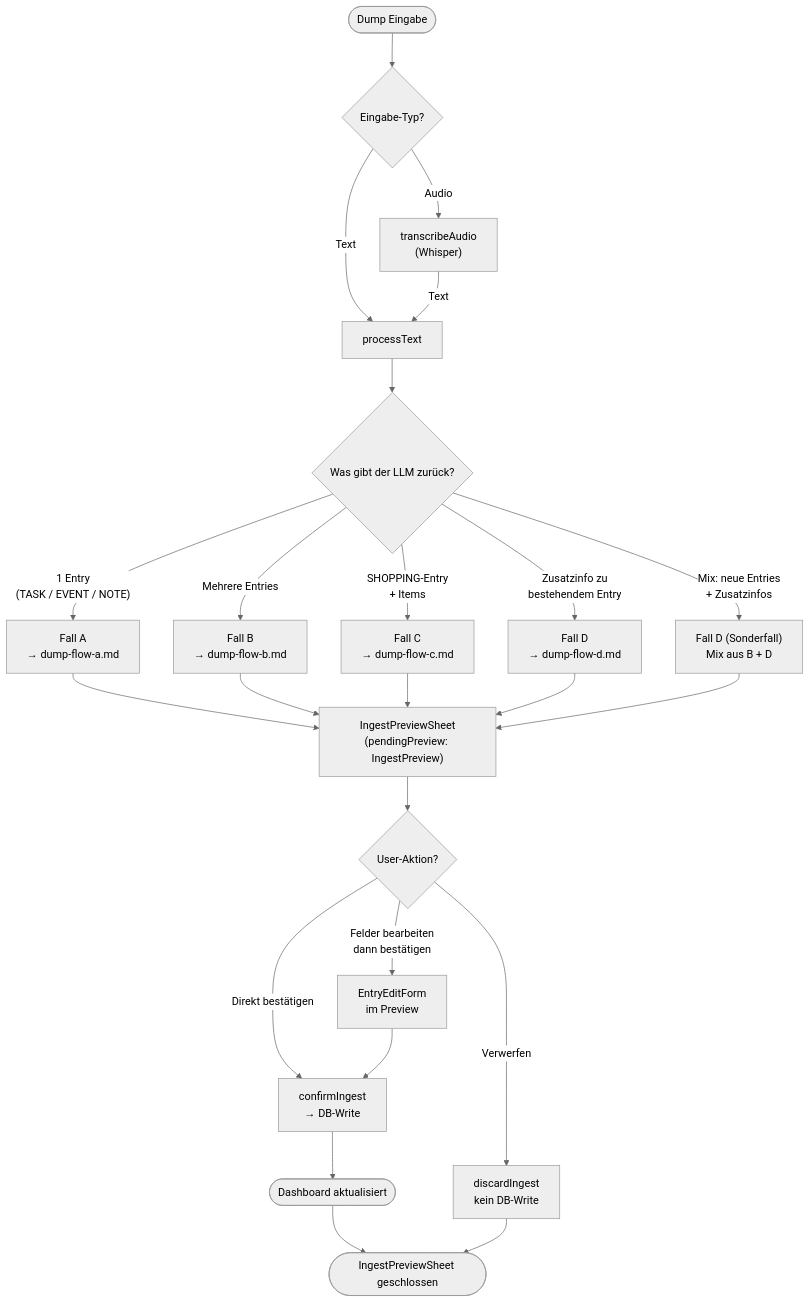
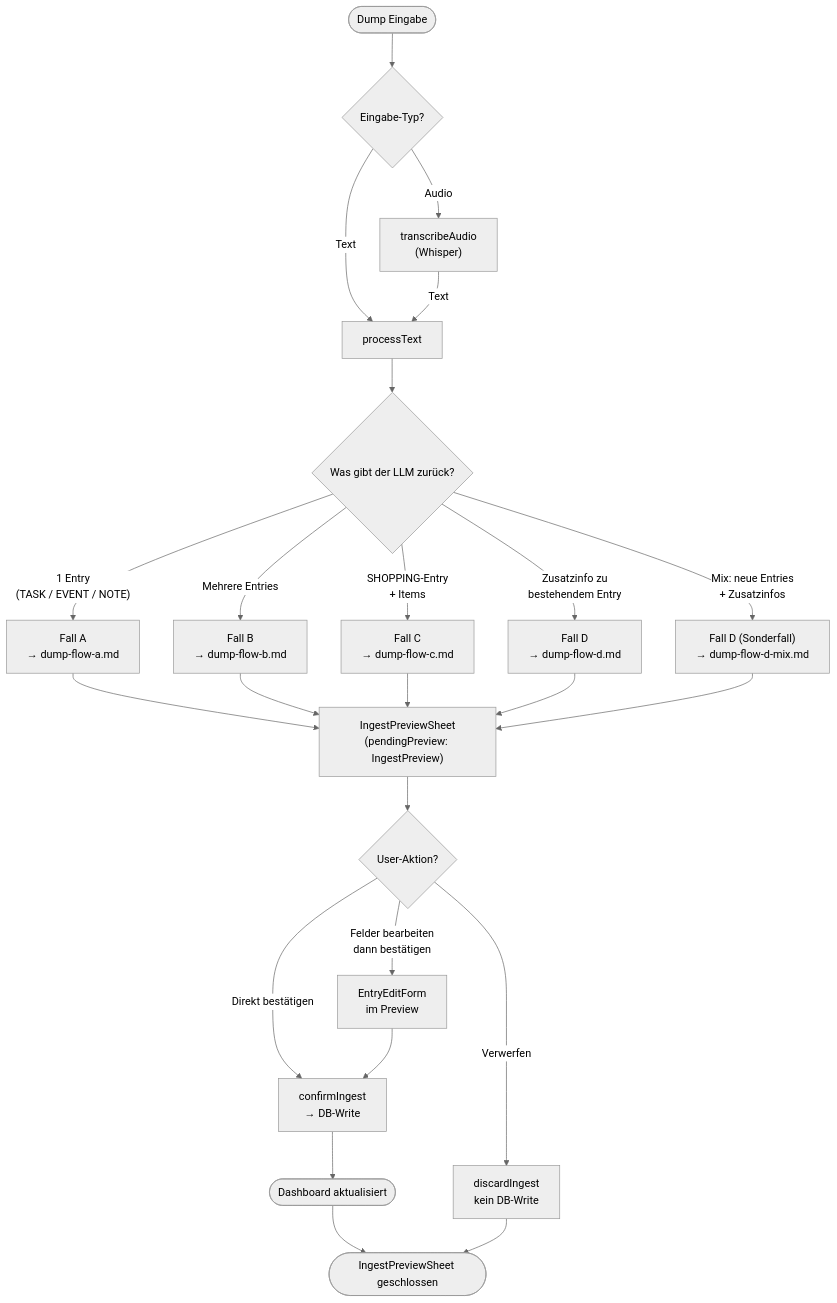
Before and after one commit to mrLevvis/braindump-pwa: the diagram in docs/DIAGRAMS/dump-flow-overview.md, drawn with Mermaid (neutral theme). The commit also changed 1 other file, not shown here.

Commit message:
docs(diagrams): Dump-Flow D (Mix) ergänzt + Overview-Link gesetzt
dump-flow-d-mix: Kombination aus B + D — IngestResult mit
StructuredEntry[] und EntryAdditionalInfo[] gleichzeitig.
Overview-Node verweist jetzt auf dump-flow-d-mix.md.

````diff
--- a/docs/DIAGRAMS/dump-flow-overview.md
+++ b/docs/DIAGRAMS/dump-flow-overview.md
@@ -6,29 +6,29 @@
 ```mermaid
 flowchart TD
     START([Dump Eingabe]) --> INPUT_TYPE{Eingabe-Typ?}
 
     INPUT_TYPE -- Text --> PROCESS[processText]
     INPUT_TYPE -- Audio --> TRANSCRIBE["transcribeAudio\n(Whisper)"]
     TRANSCRIBE -- Text --> PROCESS
 
     PROCESS --> LLM_RESULT{Was gibt der LLM zurück?}
 
     LLM_RESULT -- "1 Entry\n(TASK / EVENT / NOTE)" --> CASE_A["Fall A\n→ dump-flow-a.md"]
     LLM_RESULT -- "Mehrere Entries" --> CASE_B["Fall B\n→ dump-flow-b.md"]
     LLM_RESULT -- "SHOPPING-Entry\n+ Items" --> CASE_C["Fall C\n→ dump-flow-c.md"]
     LLM_RESULT -- "Zusatzinfo zu\nbestehendem Entry" --> CASE_D["Fall D\n→ dump-flow-d.md"]
-    LLM_RESULT -- "Mix: neue Entries\n+ Zusatzinfos" --> CASE_MIX["Fall D (Sonderfall)\nMix aus B + D"]
+    LLM_RESULT -- "Mix: neue Entries\n+ Zusatzinfos" --> CASE_MIX["Fall D (Sonderfall)\n→ dump-flow-d-mix.md"]
 
     CASE_A & CASE_B & CASE_C & CASE_D & CASE_MIX --> PREVIEW["IngestPreviewSheet\n(pendingPreview: IngestPreview)"]
 
     PREVIEW --> USER_ACTION{User-Aktion?}
 
     USER_ACTION -- "Direkt bestätigen" --> CONFIRM["confirmIngest\n→ DB-Write"]
     USER_ACTION -- "Felder bearbeiten\ndann bestätigen" --> EDIT["EntryEditForm\nim Preview"]
     EDIT --> CONFIRM
     USER_ACTION -- "Verwerfen" --> DISCARD["discardIngest\nkein DB-Write"]
 
     CONFIRM --> UPDATED_DASHBOARD([Dashboard aktualisiert])
     UPDATED_DASHBOARD --> CLOSE([IngestPreviewSheet geschlossen])
     DISCARD --> CLOSE
 ```
````
